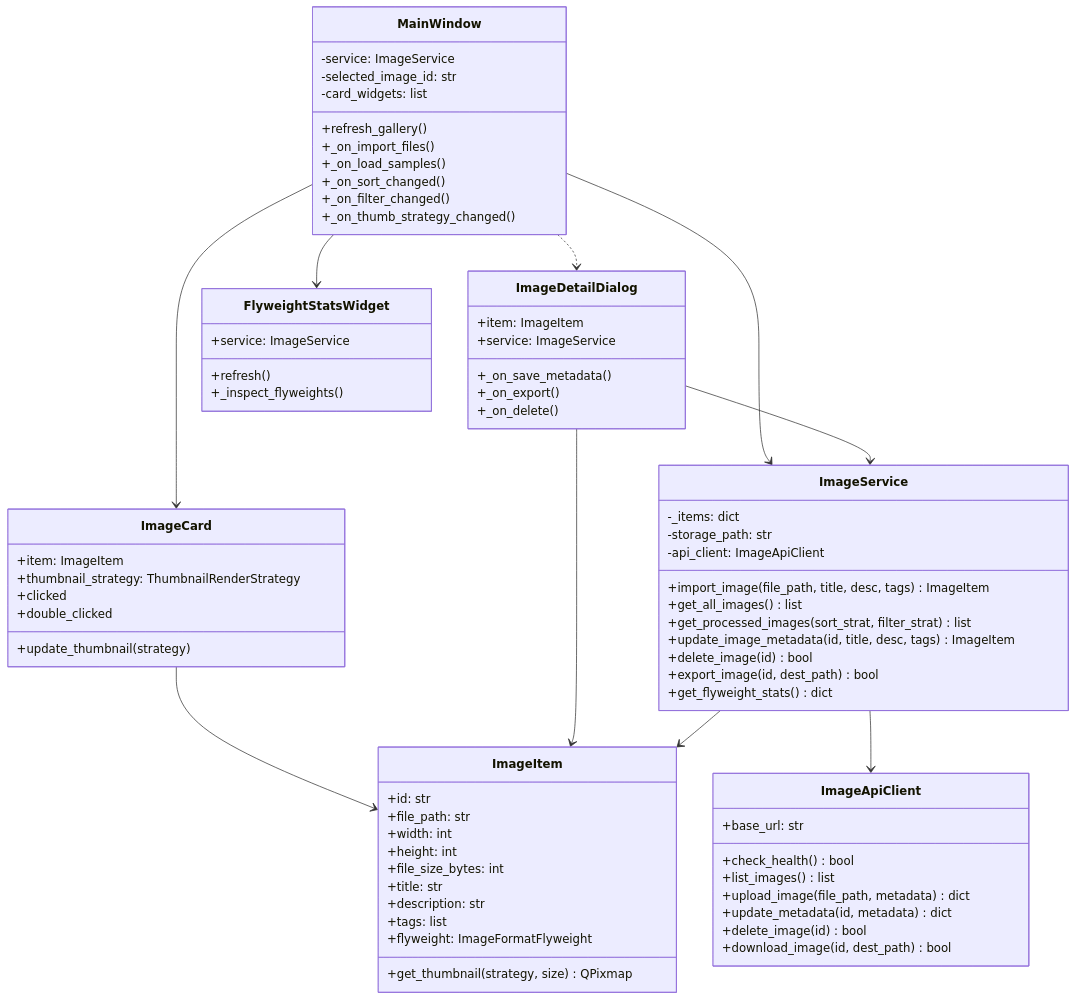
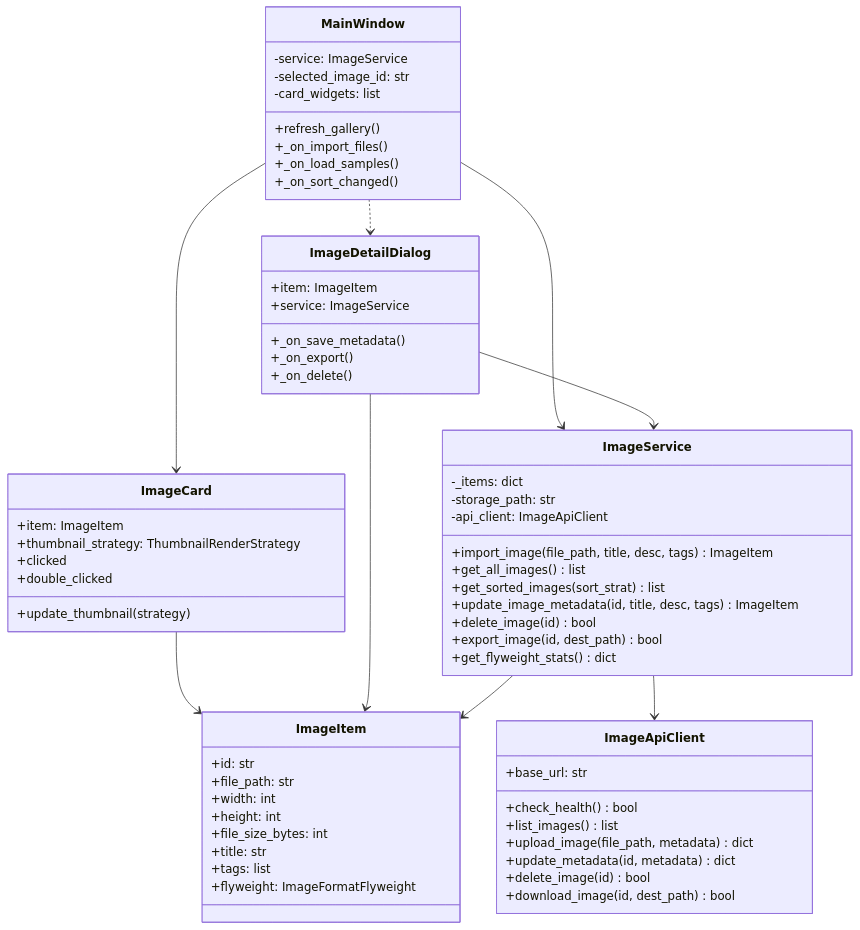
One commit to gustavosilverio/organizador-imagens changed the fourth of 4 diagrams in README.md. Above: the diagram before and after it, drawn with Mermaid. The commit also changed other lines of this file and 27 other files, not shown here.

```diff
--- a/README.md
+++ b/README.md
@@ -222,8 +165,6 @@
         +_on_import_files()
         +_on_load_samples()
         +_on_sort_changed()
-        +_on_filter_changed()
-        +_on_thumb_strategy_changed()
     }
 
     class ImageCard {
@@ -242,19 +183,13 @@
         +_on_delete()
     }
 
-    class FlyweightStatsWidget {
-        +service: ImageService
-        +refresh()
-        +_inspect_flyweights()
-    }
-
     class ImageService {
         -_items: dict
         -storage_path: str
         -api_client: ImageApiClient
         +import_image(file_path, title, desc, tags) ImageItem
         +get_all_images() list
-        +get_processed_images(sort_strat, filter_strat) list
+        +get_sorted_images(sort_strat) list
         +update_image_metadata(id, title, desc, tags) ImageItem
         +delete_image(id) bool
         +export_image(id, dest_path) bool
@@ -268,10 +203,8 @@
         +height: int
         +file_size_bytes: int
         +title: str
-        +description: str
         +tags: list
         +flyweight: ImageFormatFlyweight
-        +get_thumbnail(strategy, size) QPixmap
     }
 
     class ImageApiClient {
@@ -286,7 +219,6 @@
 
     MainWindow --> ImageService
     MainWindow --> ImageCard
-    MainWindow --> FlyweightStatsWidget
     MainWindow ..> ImageDetailDialog
     ImageCard --> ImageItem
     ImageDetailDialog --> ImageService
```
